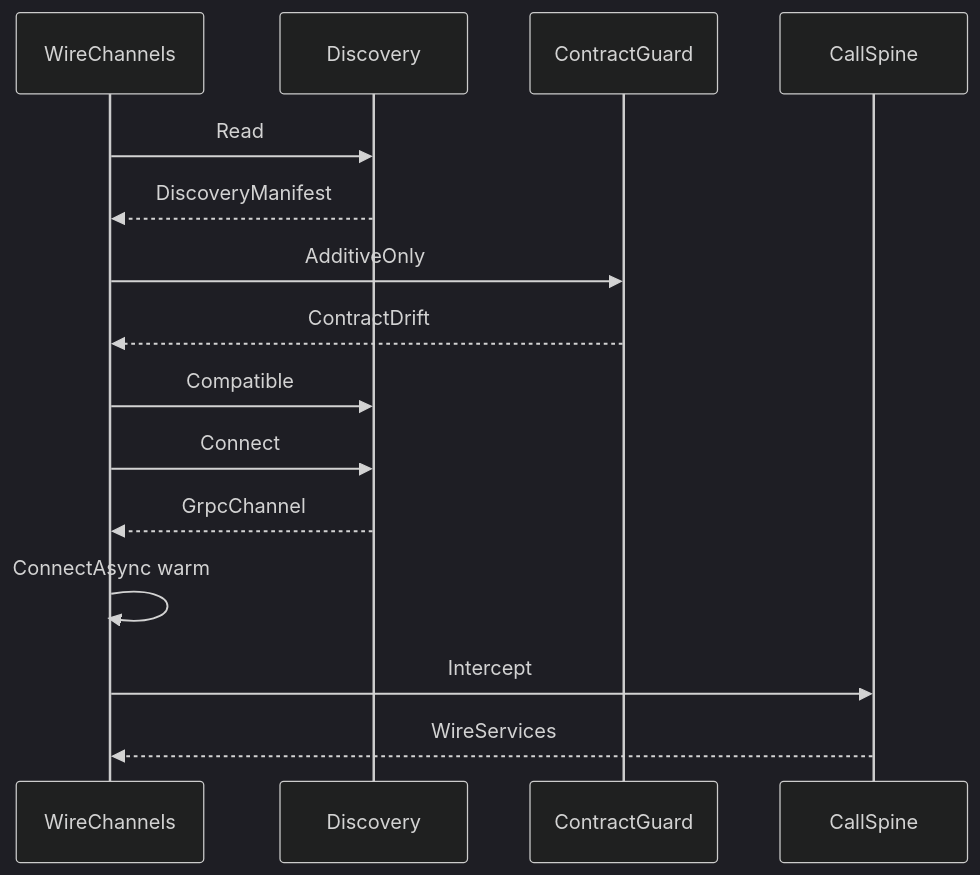
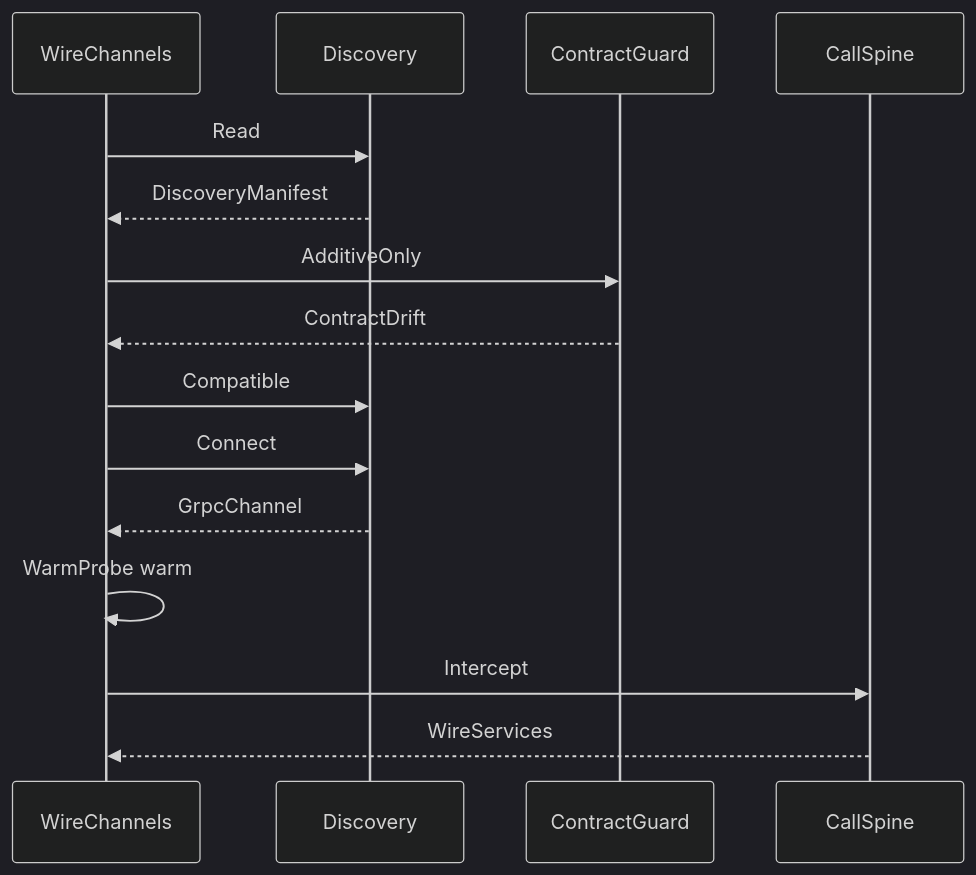
The diagram in libs/csharp/Rasm.Compute/.planning/Runtime/transport.md (bsamiee/Rasm), drawn with Mermaid (dark theme) before and after one commit. The commit also changed other lines of this file and 747 other files, not shown here.

````diff
--- a/libs/csharp/Rasm.Compute/.planning/Runtime/transport.md
+++ b/libs/csharp/Rasm.Compute/.planning/Runtime/transport.md
@@ -257,19 +302,19 @@
 ```mermaid
 sequenceDiagram
     accTitle: Wire channel discovery, contract guard, and call-spine interception
     accDescr: Wire channels read the discovery manifest, prove additive-only contract compatibility, connect a warmed channel, and intercept the call spine.
     participant WireChannels
     participant Discovery
     participant ContractGuard
     participant CallSpine
     WireChannels->>Discovery: Read
     Discovery-->>WireChannels: DiscoveryManifest
     WireChannels->>ContractGuard: AdditiveOnly
     ContractGuard-->>WireChannels: ContractDrift
     WireChannels->>Discovery: Compatible
     WireChannels->>Discovery: Connect
     Discovery-->>WireChannels: GrpcChannel
-    WireChannels->>WireChannels: ConnectAsync warm
+    WireChannels->>WireChannels: WarmProbe warm
     WireChannels->>CallSpine: Intercept
     CallSpine-->>WireChannels: WireServices
 ```
````
